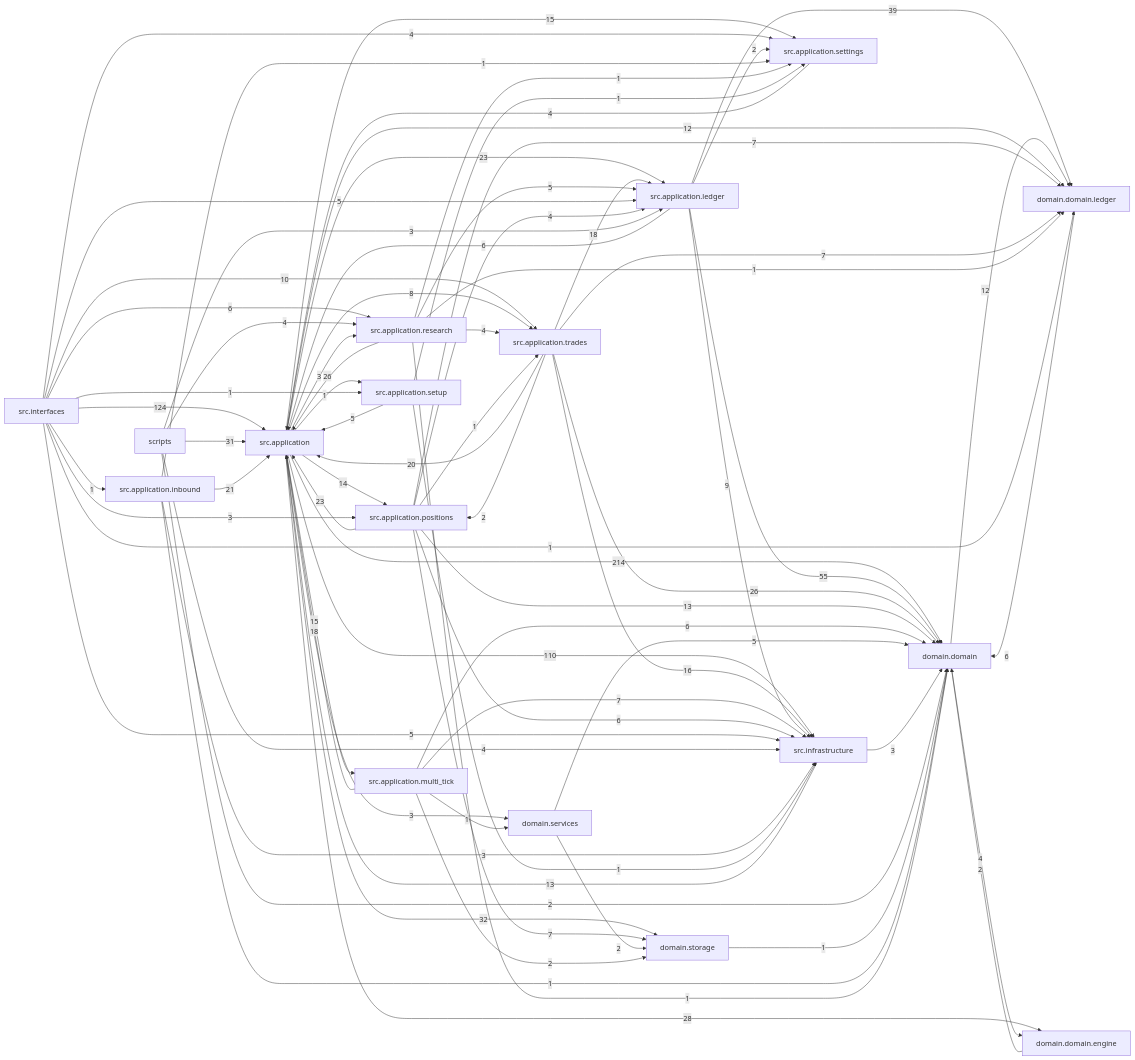
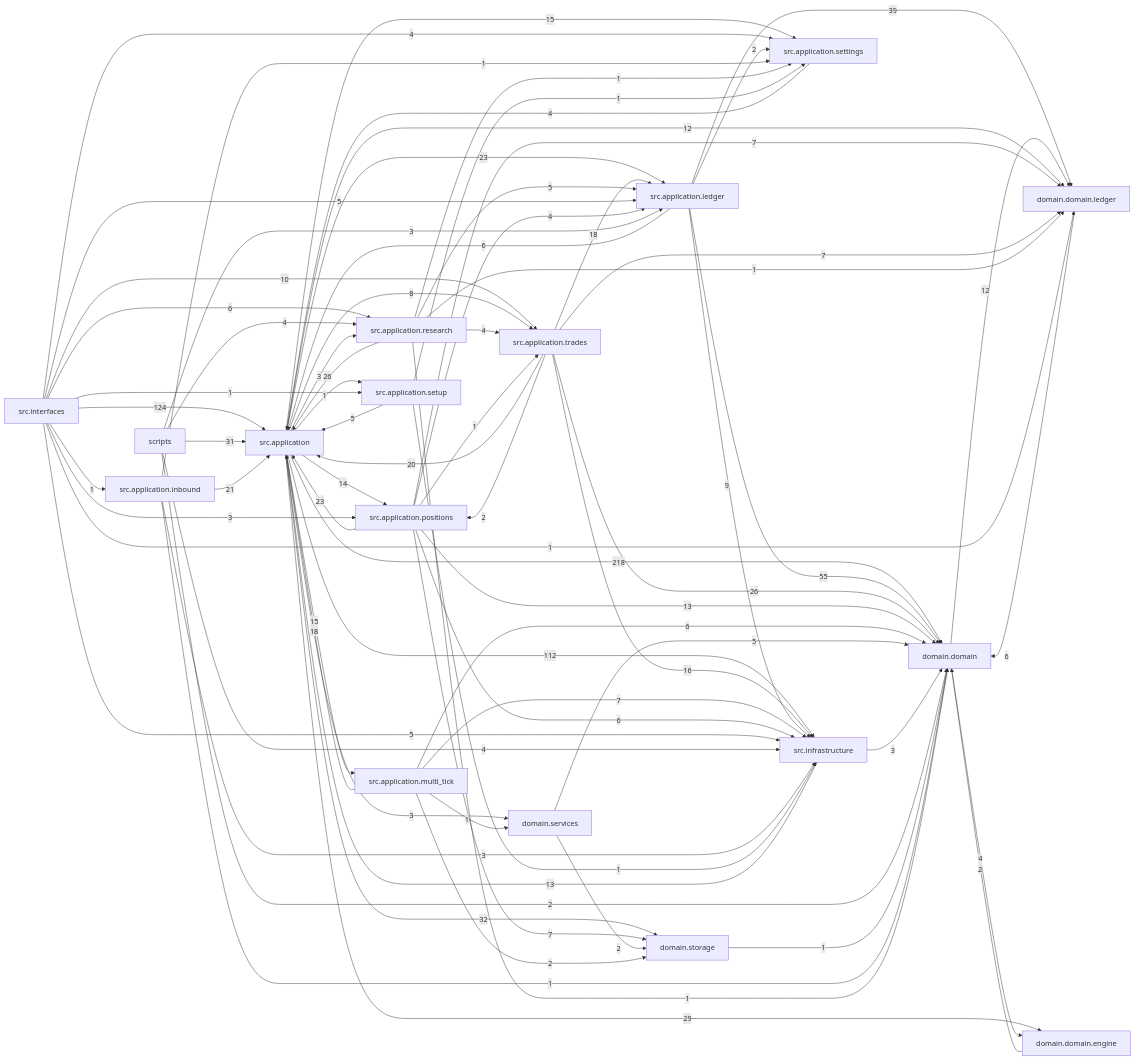
One commit to liuxie066/options-monitor changed the diagram in docs/dependency_graph.mmd. Above: the diagram before and after it, drawn with Mermaid. The commit also changed 1 other file, not shown here.

Commit message:
chore(config): regenerate dependency graph after watchlist/guard/tick changes

```diff
--- a/docs/dependency_graph.mmd
+++ b/docs/dependency_graph.mmd
@@ -1,75 +1,75 @@
 flowchart LR
-  src_application["src.application"] -->|214| domain_domain["domain.domain"]
+  src_application["src.application"] -->|218| domain_domain["domain.domain"]
   src_interfaces["src.interfaces"] -->|124| src_application["src.application"]
-  src_application["src.application"] -->|110| src_infrastructure["src.infrastructure"]
+  src_application["src.application"] -->|112| src_infrastructure["src.infrastructure"]
   src_application_ledger["src.application.ledger"] -->|55| domain_domain["domain.domain"]
   src_application_ledger["src.application.ledger"] -->|39| domain_domain_ledger["domain.domain.ledger"]
   src_application["src.application"] -->|32| domain_storage["domain.storage"]
   scripts["scripts"] -->|31| src_application["src.application"]
-  src_application["src.application"] -->|28| domain_domain_engine["domain.domain.engine"]
+  src_application["src.application"] -->|29| domain_domain_engine["domain.domain.engine"]
   src_application_research["src.application.research"] -->|26| src_application["src.application"]
   src_application_trades["src.application.trades"] -->|26| domain_domain["domain.domain"]
   src_application["src.application"] -->|23| src_application_ledger["src.application.ledger"]
   src_application_positions["src.application.positions"] -->|23| src_application["src.application"]
   src_application_inbound["src.application.inbound"] -->|21| src_application["src.application"]
   src_application_trades["src.application.trades"] -->|20| src_application["src.application"]
   src_application_multi_tick["src.application.multi_tick"] -->|18| src_application["src.application"]
   src_application_trades["src.application.trades"] -->|18| src_application_ledger["src.application.ledger"]
   src_application_trades["src.application.trades"] -->|16| src_infrastructure["src.infrastructure"]
   src_application["src.application"] -->|15| src_application_multi_tick["src.application.multi_tick"]
   src_application["src.application"] -->|15| src_application_settings["src.application.settings"]
   src_application["src.application"] -->|14| src_application_positions["src.application.positions"]
   src_application_positions["src.application.positions"] -->|13| domain_domain["domain.domain"]
   src_infrastructure["src.infrastructure"] -->|13| src_application["src.application"]
   domain_domain["domain.domain"] -->|12| domain_domain_ledger["domain.domain.ledger"]
   src_application["src.application"] -->|12| domain_domain_ledger["domain.domain.ledger"]
   src_interfaces["src.interfaces"] -->|10| src_application_trades["src.application.trades"]
   src_application_ledger["src.application.ledger"] -->|9| src_infrastructure["src.infrastructure"]
   src_application["src.application"] -->|8| src_application_trades["src.application.trades"]
   src_application_multi_tick["src.application.multi_tick"] -->|7| src_infrastructure["src.infrastructure"]
   src_application_positions["src.application.positions"] -->|7| domain_domain_ledger["domain.domain.ledger"]
   src_application_positions["src.application.positions"] -->|7| domain_storage["domain.storage"]
   src_application_trades["src.application.trades"] -->|7| domain_domain_ledger["domain.domain.ledger"]
   domain_domain_ledger["domain.domain.ledger"] -->|6| domain_domain["domain.domain"]
   src_application_ledger["src.application.ledger"] -->|6| src_application["src.application"]
   src_application_multi_tick["src.application.multi_tick"] -->|6| domain_domain["domain.domain"]
   src_application_positions["src.application.positions"] -->|6| src_infrastructure["src.infrastructure"]
   src_interfaces["src.interfaces"] -->|6| src_application_research["src.application.research"]
   domain_services["domain.services"] -->|5| domain_domain["domain.domain"]
   src_application_research["src.application.research"] -->|5| src_application_ledger["src.application.ledger"]
   src_application_setup["src.application.setup"] -->|5| src_application["src.application"]
   src_interfaces["src.interfaces"] -->|5| src_application_ledger["src.application.ledger"]
   src_interfaces["src.interfaces"] -->|5| src_infrastructure["src.infrastructure"]
   domain_domain["domain.domain"] -->|4| domain_domain_engine["domain.domain.engine"]
   scripts["scripts"] -->|4| src_application_research["src.application.research"]
   scripts["scripts"] -->|4| src_infrastructure["src.infrastructure"]
   src_application_positions["src.application.positions"] -->|4| src_application_ledger["src.application.ledger"]
   src_application_research["src.application.research"] -->|4| src_application_trades["src.application.trades"]
   src_application_settings["src.application.settings"] -->|4| src_application["src.application"]
   src_interfaces["src.interfaces"] -->|4| src_application_settings["src.application.settings"]
   scripts["scripts"] -->|3| src_application_ledger["src.application.ledger"]
   src_application["src.application"] -->|3| domain_services["domain.services"]
   src_application["src.application"] -->|3| src_application_research["src.application.research"]
   src_application_inbound["src.application.inbound"] -->|3| src_infrastructure["src.infrastructure"]
   src_infrastructure["src.infrastructure"] -->|3| domain_domain["domain.domain"]
   src_interfaces["src.interfaces"] -->|3| src_application_positions["src.application.positions"]
   domain_domain_engine["domain.domain.engine"] -->|2| domain_domain["domain.domain"]
   domain_services["domain.services"] -->|2| domain_storage["domain.storage"]
   scripts["scripts"] -->|2| domain_domain["domain.domain"]
   src_application_ledger["src.application.ledger"] -->|2| src_application_settings["src.application.settings"]
   src_application_multi_tick["src.application.multi_tick"] -->|2| domain_storage["domain.storage"]
   src_application_trades["src.application.trades"] -->|2| src_application_positions["src.application.positions"]
   domain_storage["domain.storage"] -->|1| domain_domain["domain.domain"]
   src_application["src.application"] -->|1| src_application_setup["src.application.setup"]
   src_application_inbound["src.application.inbound"] -->|1| domain_domain["domain.domain"]
   src_application_inbound["src.application.inbound"] -->|1| src_application_settings["src.application.settings"]
   src_application_multi_tick["src.application.multi_tick"] -->|1| domain_services["domain.services"]
   src_application_positions["src.application.positions"] -->|1| src_application_trades["src.application.trades"]
   src_application_research["src.application.research"] -->|1| domain_domain["domain.domain"]
   src_application_research["src.application.research"] -->|1| domain_domain_ledger["domain.domain.ledger"]
   src_application_research["src.application.research"] -->|1| src_application_settings["src.application.settings"]
   src_application_setup["src.application.setup"] -->|1| src_application_settings["src.application.settings"]
   src_application_setup["src.application.setup"] -->|1| src_infrastructure["src.infrastructure"]
   src_interfaces["src.interfaces"] -->|1| domain_domain_ledger["domain.domain.ledger"]
   src_interfaces["src.interfaces"] -->|1| src_application_inbound["src.application.inbound"]
   src_interfaces["src.interfaces"] -->|1| src_application_setup["src.application.setup"]
```
